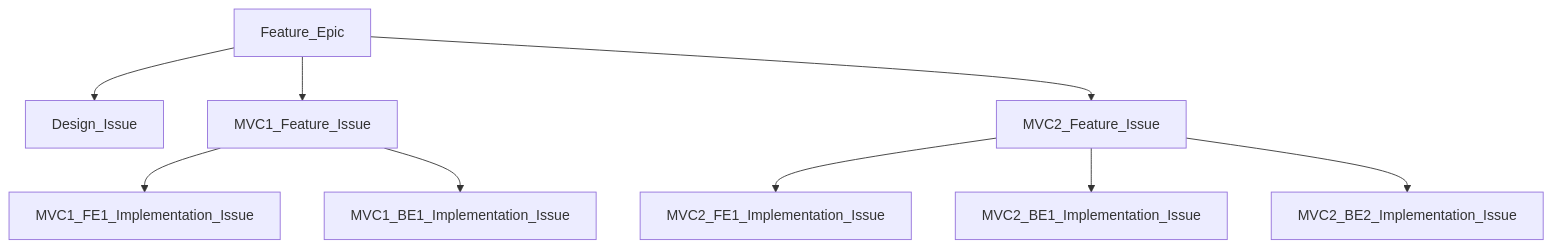
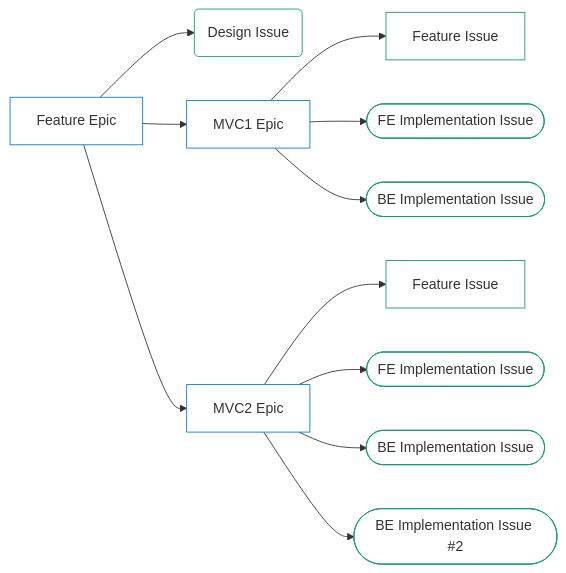
One commit to secretstartups/handbook changed the ninth of 11 diagrams in development/threat-management/planning/diagram.html.md. Above: the diagram before and after it, drawn with Mermaid.

Commit message:
Updated mermaid diagram of epic & issue breakdown

````diff
--- a/development/threat-management/planning/diagram.html.md
+++ b/development/threat-management/planning/diagram.html.md
@@ -267,12 +267,20 @@
 ```mermaid
-graph TD;
-Feature_Epic-->Design_Issue;
-Feature_Epic-->MVC1_Feature_Issue; 
-Feature_Epic-->MVC2_Feature_Issue;
-MVC2_Feature_Issue-->MVC2_FE1_Implementation_Issue;
-MVC2_Feature_Issue-->MVC2_BE1_Implementation_Issue;
-MVC2_Feature_Issue-->MVC2_BE2_Implementation_Issue;
-MVC1_Feature_Issue-->MVC1_FE1_Implementation_Issue;
-MVC1_Feature_Issue-->MVC1_BE1_Implementation_Issue;
+graph LR;
+Feature_Epic[Feature Epic]-->Design_Issue(Design Issue);
+Feature_Epic-->MVC1_Epic[MVC1 Epic];
+Feature_Epic-->MVC2_Epic[MVC2 Epic];
 
+MVC1_Epic-->MVC1_Feature_Issue[Feature Issue];
+MVC1_Epic-->MVC1_FE1_Implementation_Issue([FE Implementation Issue]);
+MVC1_Epic-->MVC1_BE1_Implementation_Issue([BE Implementation Issue]);
+
+MVC2_Epic-->MVC2_Feature_Issue[Feature Issue];
+MVC2_Epic-->MVC2_FE1_Implementation_Issue([FE Implementation Issue]);
+MVC2_Epic-->MVC2_BE1_Implementation_Issue([BE Implementation Issue]);
+MVC2_Epic-->MVC2_BE2_Implementation_Issue([BE Implementation Issue #2]);
+
+classDef feature fill:#ffffff,stroke:#0C7CBA;
+class Feature_Epic,MVC1_Epic,MVC2_Epic feature
+classDef idea fill:#ffffff,stroke:#19957C;
+class Design_Issue,MVC1_Feature_Issue,MVC1_FE1_Implementation_Issue,MVC1_BE1_Implementation_Issue,MVC2_Feature_Issue,MVC2_FE1_Implementation_Issue,MVC2_BE1_Implementation_Issue,MVC2_BE2_Implementation_Issue idea
 ```
````
